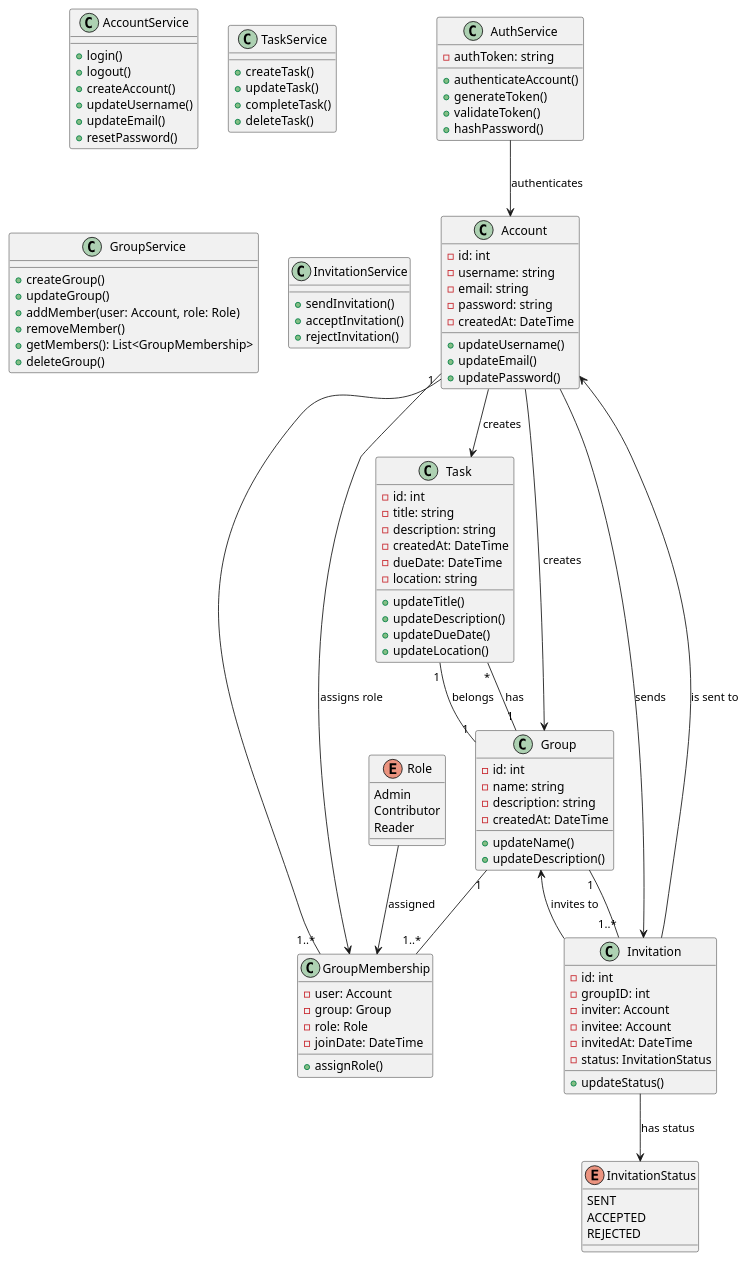
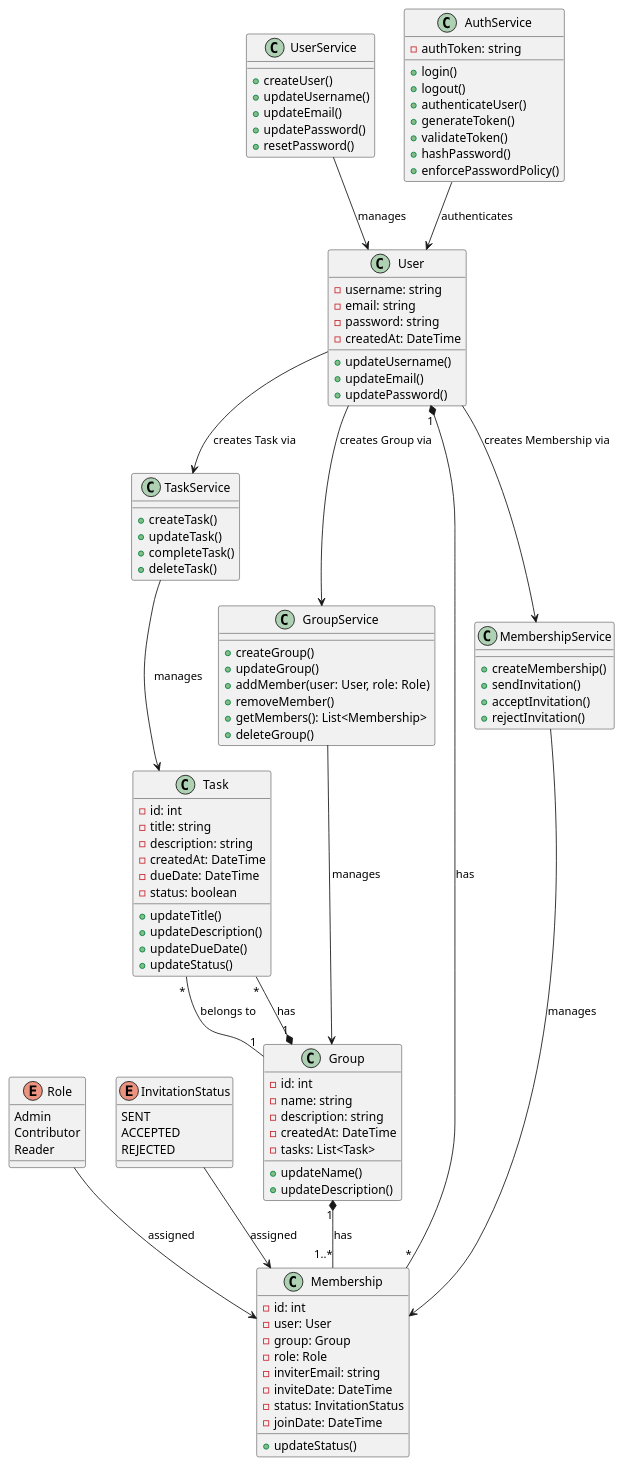
One commit to OmerEgeOzyaba/CSCI3100-project changed the diagram in documentation/Design_Implementation/backend_class_uml.puml. Above: the diagram before and after it, drawn with PlantUML.

Commit message:
Made updates according to meeting no:04

```diff
--- a/documentation/Design_Implementation/backend_class_uml.puml
+++ b/documentation/Design_Implementation/backend_class_uml.puml
@@ -1,130 +1,125 @@
 @startuml
 
-class Account {
-	- id: int
+class User {
 	- username: string
 	- email: string
 	- password: string
 	- createdAt: DateTime
 '-------------------------------
 	+ updateUsername()
 	+ updateEmail()
 	+ updatePassword()
 }
 
-class AccountService {
-	+ login()
-	+ logout()
-	+ createAccount()
+class UserService {
+        + createUser()
         + updateUsername()
         + updateEmail()
+        + updatePassword()
         + resetPassword()
 }
 
 class Task {
 	- id: int
 	- title: string
 	- description: string
 	- createdAt: DateTime
 	- dueDate: DateTime
-	- location: string
+	- status: boolean
 '--------------------------------
 	+ updateTitle()
 	+ updateDescription()
 	+ updateDueDate()
-	+ updateLocation()
+	+ updateStatus()
 }
 
 class TaskService {
         + createTask()
         + updateTask()
         + completeTask()
         + deleteTask()
 }
 
 class Group {
 	- id: int
 	- name: string
 	- description: string
 	- createdAt: DateTime
+	- tasks: List<Task>
 '---------------------------------
 	+ updateName()
 	+ updateDescription()
 }
 
 class GroupService {
 	+ createGroup()
 	+ updateGroup()
-	+ addMember(user: Account, role: Role)
+	+ addMember(user: User, role: Role)
 	+ removeMember()
-	+ getMembers(): List<GroupMembership>
+	+ getMembers(): List<Membership>
 	+ deleteGroup()
 }
 
-class GroupMembership {
-	- user: Account
+class Membership {
+	- id: int
+	- user: User
 	- group: Group
 	- role: Role
+	- inviterEmail: string
+	- inviteDate: DateTime
+	- status: InvitationStatus
 	- joinDate: DateTime
-'---------------------------------
-	+ assignRole()
-}
-
-class Invitation {
-	- id: int
-	- groupID: int
-	- inviter: Account
-	- invitee: Account
-	- invitedAt: DateTime
-	- status: InvitationStatus
 '---------------------------------
 	+ updateStatus()
 }
 
-class InvitationService {
+class MembershipService {
+	+ createMembership()
 	+ sendInvitation()
 	+ acceptInvitation()
 	+ rejectInvitation()
 }
 
 class AuthService {
 	- authToken: string
 '---------------------------------
-	+ authenticateAccount()
+	+ login()
+	+ logout()
+	+ authenticateUser()
 	+ generateToken()
 	+ validateToken()
 	+ hashPassword()
+	+ enforcePasswordPolicy()
 }
 
 enum Role {
         Admin
         Contributor
         Reader
 }
 
 enum InvitationStatus {
         SENT
         ACCEPTED
         REJECTED
 }
 
-Account "1" -- "1..*" GroupMembership
-Group "1" -- "1..*" GroupMembership
-Role -->  GroupMembership: assigned 
-Account --> GroupMembership: assigns role
+User --> TaskService: creates Task via
+User --> GroupService: creates Group via
+User --> MembershipService: creates Membership via
+User "1" *-- "*" Membership: has
+AuthService --> User: authenticates
+UserService --> User: manages
 
-Account --> Invitation : sends 
-Invitation --> Account : is sent to 
-Invitation --> Group : invites to
-Group "1" -- "1..*" Invitation
+TaskService --> Task: manages
+Task "*" -- "1" Group: belongs to
 
-Group "1" -- "*" Task : has
-Task "1" -- "1" Group: belongs
-Account --> Task : creates 
+GroupService --> Group: manages
+Group "1" *-- "1..*" Membership: has
+Group "1" *-- "*" Task: has
 
-Account --> Group : creates
-
-Invitation --> InvitationStatus: has status
-AuthService --> Account: authenticates
+MembershipService --> Membership: manages
+Role --> Membership: assigned
+InvitationStatus --> Membership: assigned
 
 @enduml
```
